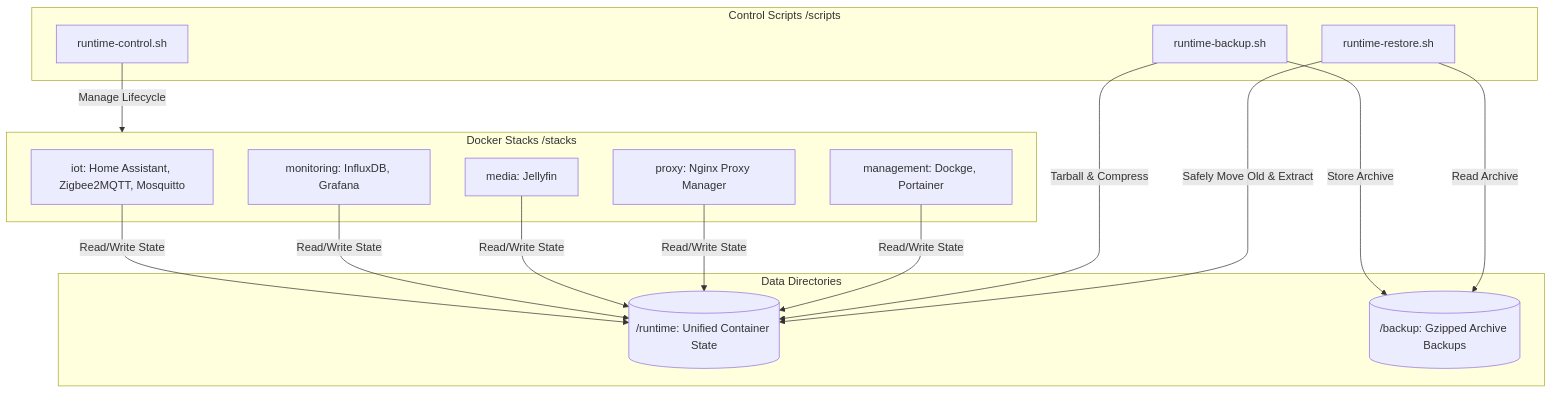
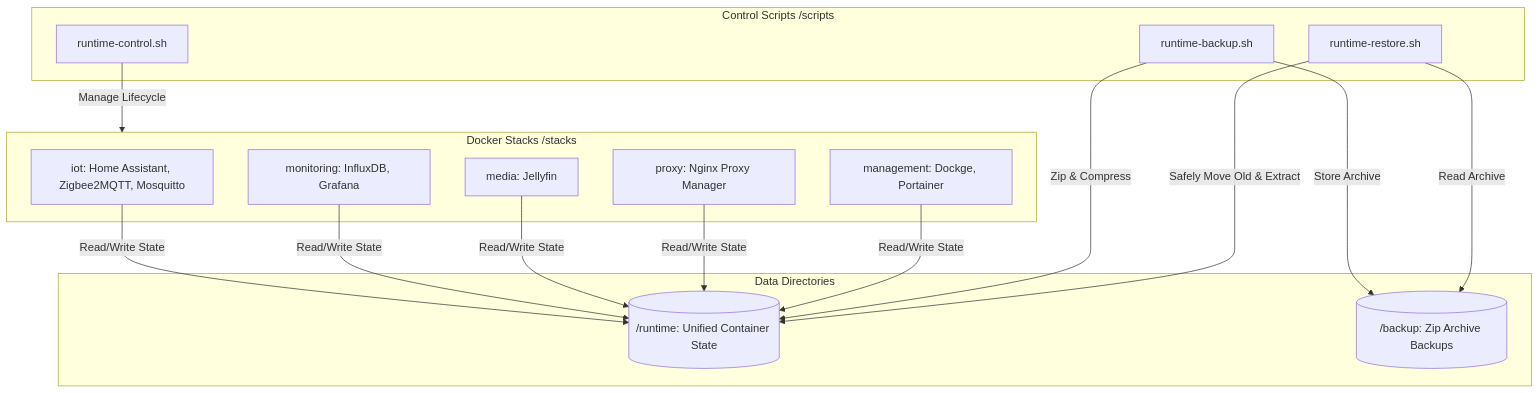
The diagram in README.md (nbicocchi/smarthome), drawn with Mermaid before and after one commit. The commit also changed other lines of this file and 23 other files, not shown here.

````diff
--- a/README.md
+++ b/README.md
@@ -11,28 +11,28 @@
 ```mermaid
 graph TD
     subgraph Stacks [Docker Stacks /stacks]
         iot[iot: Home Assistant, Zigbee2MQTT, Mosquitto]
         monitoring[monitoring: InfluxDB, Grafana]
         media[media: Jellyfin]
         proxy[proxy: Nginx Proxy Manager]
         mgmt[management: Dockge, Portainer]
     end
 
     subgraph Data [Data Directories]
         runtime[(/runtime: Unified Container State)]
-        backup[(/backup: Gzipped Archive Backups)]
+        backup[(/backup: Zip Archive Backups)]
     end
 
     subgraph Scripts [Control Scripts /scripts]
         backup_sh[runtime-backup.sh]
         restore_sh[runtime-restore.sh]
         control_sh[runtime-control.sh]
     end
 
     iot & monitoring & media & proxy & mgmt -->|Read/Write State| runtime
-    backup_sh -->|Tarball & Compress| runtime
+    backup_sh -->|Zip & Compress| runtime
     backup_sh -->|Store Archive| backup
     restore_sh -->|Safely Move Old & Extract| runtime
     restore_sh -->|Read Archive| backup
     control_sh -->|Manage Lifecycle| Stacks
 ```
````
